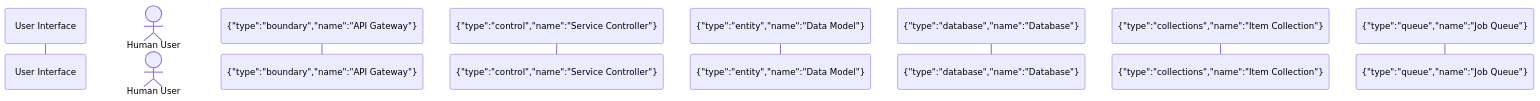
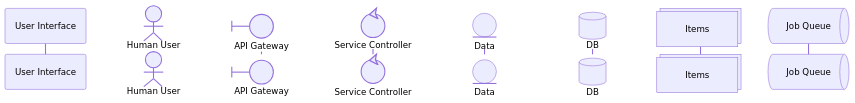
The ninth of 9 diagrams in README.md (andrewgepearce/sequencer-svg), drawn with Mermaid before and after one commit. The commit also changed other lines of this file and 5 other files, not shown here.

Commit message:
docs+test: document Mermaid compatibility and validate fixture syntax

````diff
--- a/README.md
+++ b/README.md
@@ -899,11 +911,11 @@
 ```mermaid
 sequenceDiagram
     participant UI as User Interface
     actor User as Human User
-    participant API as {"type":"boundary","name":"API Gateway"}
-    participant Svc as {"type":"control","name":"Service Controller"}
-    participant Data as {"type":"entity","name":"Data Model"}
-    participant DB as {"type":"database","name":"Database"}
-    participant Items as {"type":"collections","name":"Item Collection"}
-    participant Jobs as {"type":"queue","name":"Job Queue"}
+    participant API@{"type":"boundary"} as API Gateway
+    participant Svc@{"type":"control","alias":"Service Controller"}
+    participant Data@{"type":"entity","label":"Data Model"}
+    participant DB@{"type":"database","name":"Database"}
+    participant Items@{"type":"collections","label":"Item Collection"}
+    participant Jobs@{"type":"queue","alias":"Job Queue"}
 ```
````
